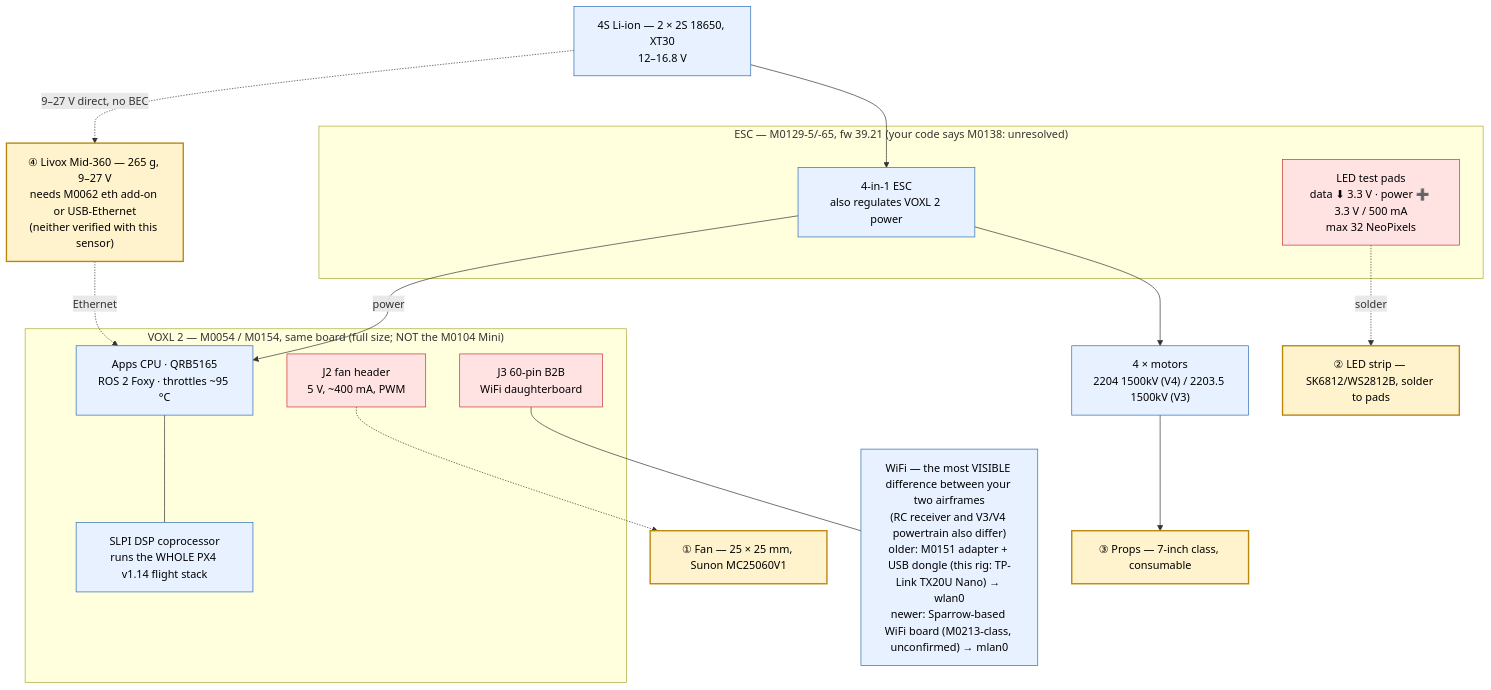
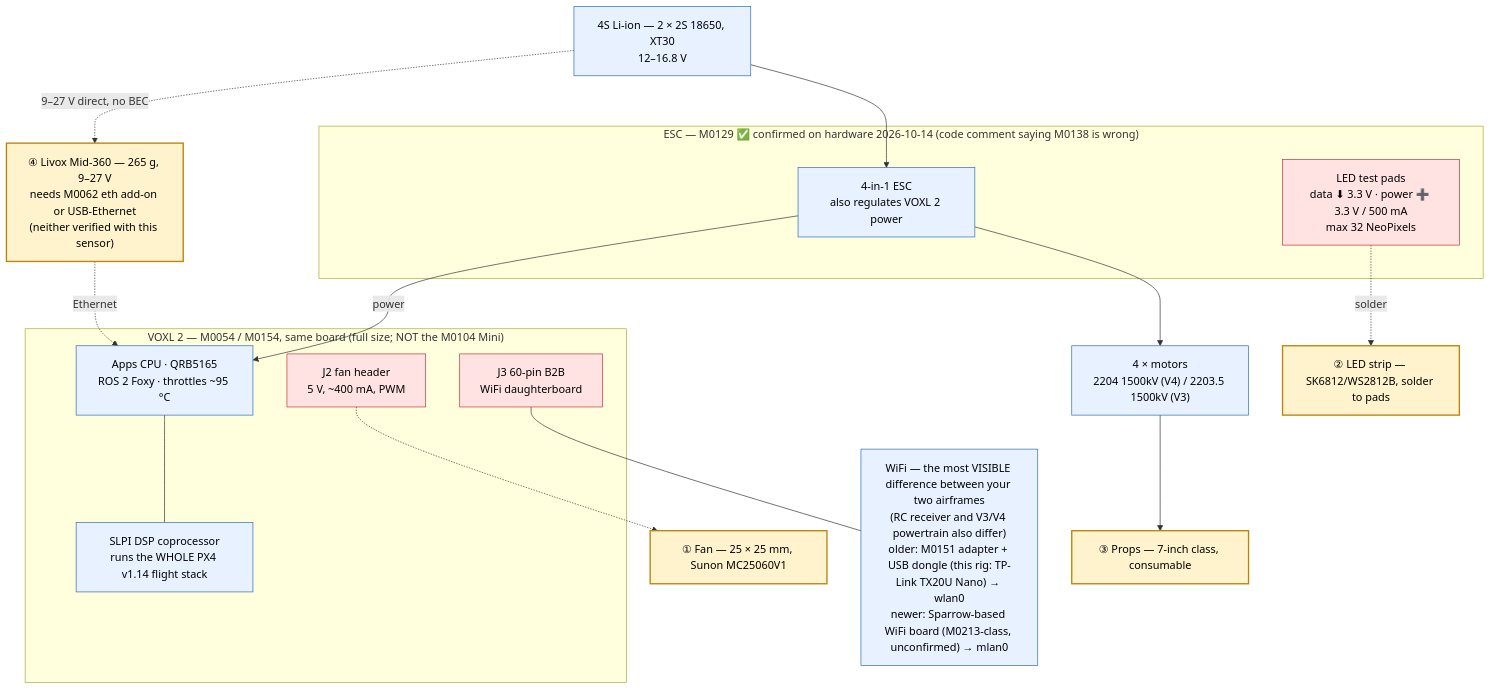
The first of 3 diagrams in reports/Starling Max 2 modification stack.md (Darkuantum/AirStack-starling-max2), drawn with Mermaid before and after one commit. The commit also changed other lines of this file and 8 other files, not shown here.

````diff
--- a/reports/Starling Max 2 modification stack.md
+++ b/reports/Starling Max 2 modification stack.md
@@ -26,41 +26,41 @@
 ```mermaid
 flowchart TB
     BAT["4S Li-ion — 2 × 2S 18650, XT30<br/>12–16.8 V"]
 
-    subgraph ESCB["ESC — M0129-5/-65, fw 39.21 (your code says M0138: unresolved)"]
+    subgraph ESCB["ESC — M0129 ✅ confirmed on hardware 2026-10-14 (code comment saying M0138 is wrong)"]
       ESC["4-in-1 ESC<br/>also regulates VOXL 2 power"]
       LEDPAD["LED test pads<br/>data ⬇ 3.3 V · power ➕ 3.3 V / 500 mA<br/>max 32 NeoPixels"]
     end
 
     subgraph VOXLB["VOXL 2 — M0054 / M0154, same board (full size; NOT the M0104 Mini)"]
       APPS["Apps CPU · QRB5165<br/>ROS 2 Foxy · throttles ~95 °C"]
       SLPI["SLPI DSP coprocessor<br/>runs the WHOLE PX4 v1.14 flight stack"]
       J2["J2 fan header<br/>5 V, ~400 mA, PWM"]
       J3["J3 60-pin B2B<br/>WiFi daughterboard"]
     end
 
     WIFI["WiFi — the most VISIBLE difference between your two airframes<br/>(RC receiver and V3/V4 powertrain also differ)<br/>older: M0151 adapter + USB dongle (this rig: TP-Link TX20U Nano) → wlan0<br/>newer: Sparrow-based WiFi board (M0213-class, unconfirmed) → mlan0"]
     MOTORS["4 × motors<br/>2204 1500kV (V4) / 2203.5 1500kV (V3)"]
 
     FAN["① Fan — 25 × 25 mm, Sunon MC25060V1"]
     PROPS["③ Props — 7-inch class, consumable"]
     STRIP["② LED strip — SK6812/WS2812B, solder to pads"]
     LIDAR["④ Livox Mid-360 — 265 g, 9–27 V<br/>needs M0062 eth add-on or USB-Ethernet<br/>(neither verified with this sensor)"]
 
     BAT --> ESC
     BAT -.->|"9–27 V direct, no BEC"| LIDAR
     ESC --> MOTORS --> PROPS
     ESC -->|"power"| APPS
     LEDPAD -.->|"solder"| STRIP
     J2 -.-> FAN
     J3 --- WIFI
     APPS --- SLPI
     LIDAR -.->|"Ethernet"| APPS
 
     classDef mod fill:#fff3cd,stroke:#b8860b,stroke-width:2px,color:#000
     classDef hw fill:#e7f1ff,stroke:#2b6cb0,color:#000
     classDef warn fill:#ffe3e3,stroke:#c53030,color:#000
     class FAN,STRIP,LIDAR,PROPS mod
     class BAT,ESC,APPS,SLPI,MOTORS,WIFI hw
     class LEDPAD,J2,J3 warn
 ```
````
